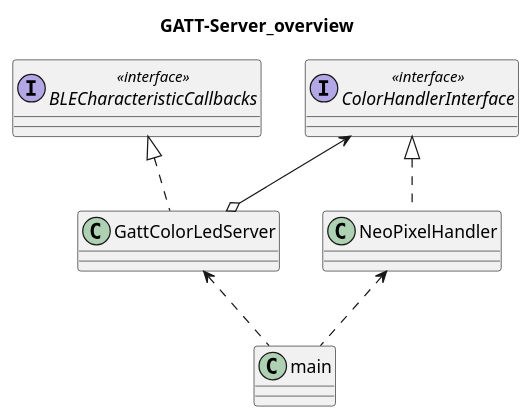
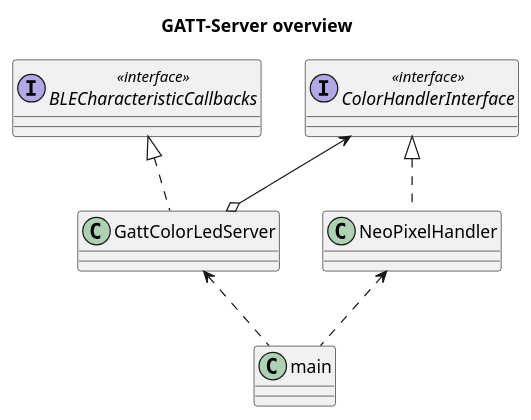
The diagram in docs/diagrams/src/ClassDiagramOverview.wsd (jenkins-head/jenkins-head-firmware), drawn with PlantUML before and after one commit. The commit also changed 1 other file, not shown here.

Commit message:
gatt-server: added diagram title to the ClassDiagramOverview.wsd

```diff
--- a/docs/diagrams/src/ClassDiagramOverview.wsd
+++ b/docs/diagrams/src/ClassDiagramOverview.wsd
@@ -1,14 +1,14 @@
-@startuml
+@startuml "GATT-Server_overview"
 skinparam classAttributeIconSize 0
-title GATT-Server_overview
+title GATT-Server overview
 
 interface BLECharacteristicCallbacks <<interface>>
 interface ColorHandlerInterface <<interface>> 
 
 BLECharacteristicCallbacks <|.. GattColorLedServer
 ColorHandlerInterface <|.. NeoPixelHandler
 ColorHandlerInterface <--o GattColorLedServer
 GattColorLedServer <.. main
 NeoPixelHandler <.. main
 
 @enduml
```
